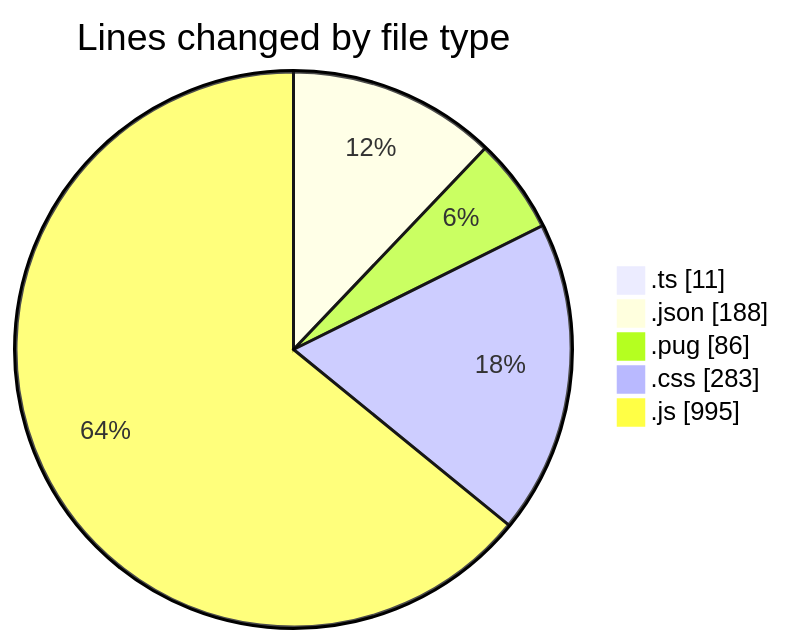
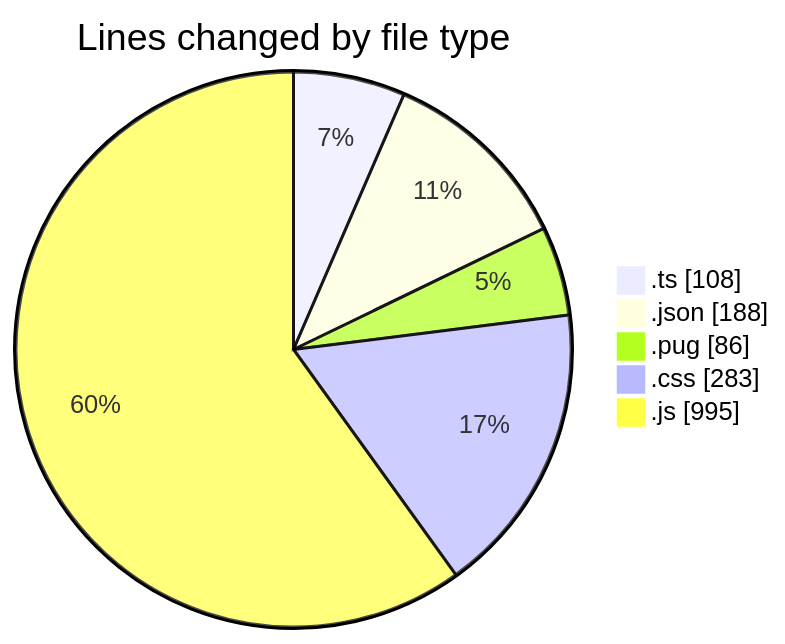
Before and after one commit to momahboobian/code-tracking: the first of 2 diagrams in 2025-02-24/cda/README.md, drawn with Mermaid. The commit also changed other lines of this file and 1 other file, not shown here.

````diff
--- a/2025-02-24/cda/README.md
+++ b/2025-02-24/cda/README.md
@@ -33,9 +34,9 @@
 ```mermaid
 pie showData
 title Lines changed by file type
-".ts" : 11
+".ts" : 108
 ".json" : 188
 ".pug" : 86
 ".css" : 283
 ".js" : 995
 ```
````
